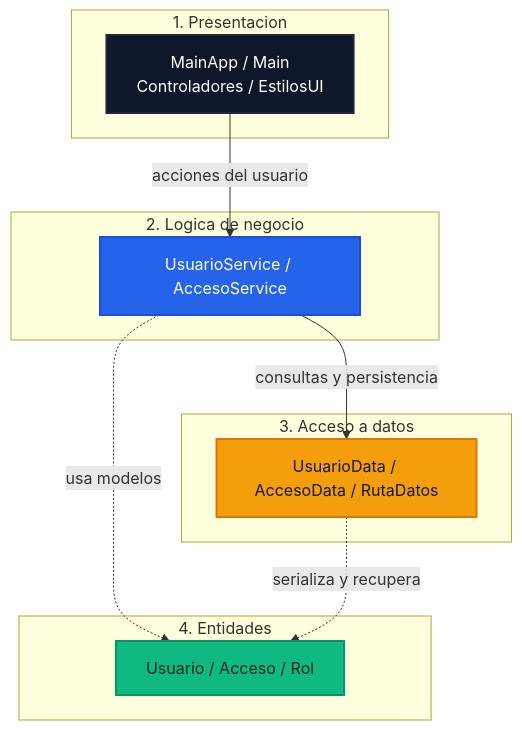
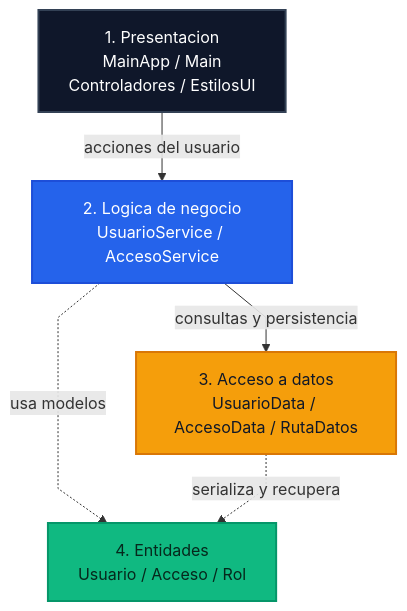
One commit to chepe5251/examen2Progra3 changed the diagram in README.md. Above: the diagram before and after it, drawn with Mermaid.

Commit message:
refine readme architecture diagram

````diff
--- a/README.md
+++ b/README.md
@@ -242,33 +242,23 @@
 ```mermaid
+%%{init: {'flowchart': {'curve': 'linear', 'nodeSpacing': 40, 'rankSpacing': 45}} }%%
 flowchart TB
-    subgraph P["1. Presentacion"]
-        P1["MainApp / Main<br/>Controladores / EstilosUI"]
-    end
+    P["1. Presentacion<br/>MainApp / Main<br/>Controladores / EstilosUI"]
+    L["2. Logica de negocio<br/>UsuarioService / AccesoService"]
+    D["3. Acceso a datos<br/>UsuarioData / AccesoData / RutaDatos"]
+    E["4. Entidades<br/>Usuario / Acceso / Rol"]
 
-    subgraph L["2. Logica de negocio"]
-        L1["UsuarioService / AccesoService"]
-    end
+    P -->|acciones del usuario| L
+    L -->|consultas y persistencia| D
+    L -.->|usa modelos| E
+    D -.->|serializa y recupera| E
 
-    subgraph D["3. Acceso a datos"]
-        D1["UsuarioData / AccesoData / RutaDatos"]
-    end
-
-    subgraph E["4. Entidades"]
-        E1["Usuario / Acceso / Rol"]
-    end
-
-    P1 -->|"acciones del usuario"| L1
-    L1 -->|"consultas y persistencia"| D1
-    L1 -.->|"usa modelos"| E1
-    D1 -.->|"serializa y recupera"| E1
-
-    classDef presentacion fill:#0f172a,color:#ffffff,stroke:#1e293b,stroke-width:2px;
+    classDef presentacion fill:#0f172a,color:#ffffff,stroke:#334155,stroke-width:2px;
     classDef logica fill:#2563eb,color:#ffffff,stroke:#1d4ed8,stroke-width:2px;
     classDef datos fill:#f59e0b,color:#111827,stroke:#d97706,stroke-width:2px;
     classDef entidades fill:#10b981,color:#06281c,stroke:#059669,stroke-width:2px;
 
-    class P1 presentacion;
-    class L1 logica;
-    class D1 datos;
-    class E1 entidades;
+    class P presentacion;
+    class L logica;
+    class D datos;
+    class E entidades;
 ```
````
